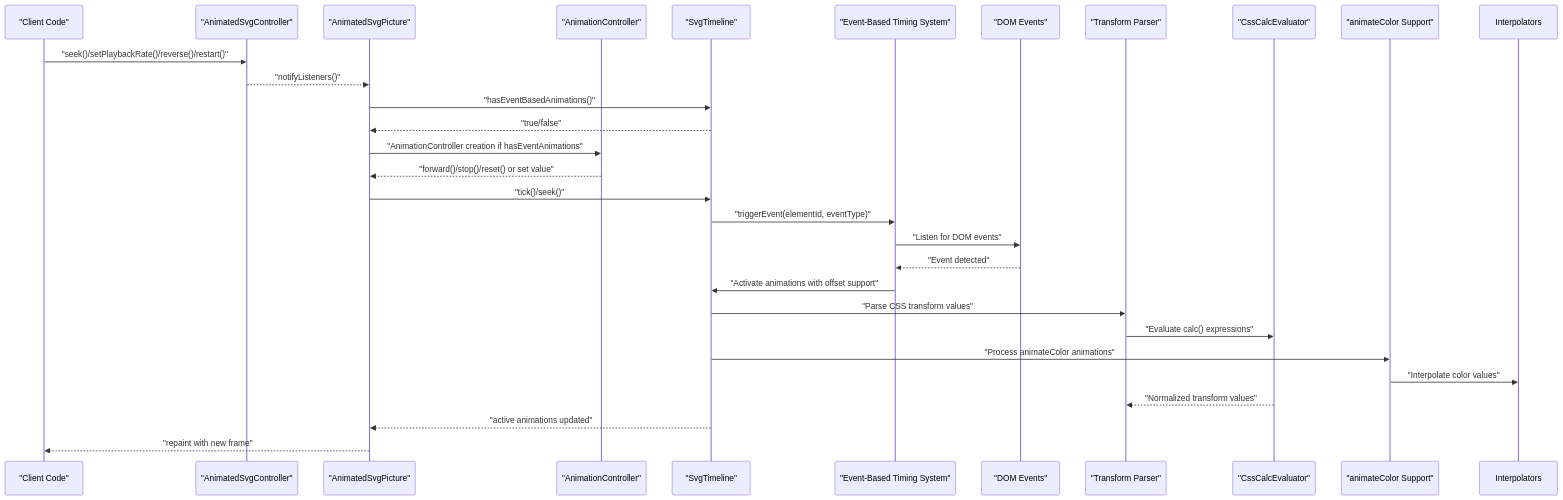
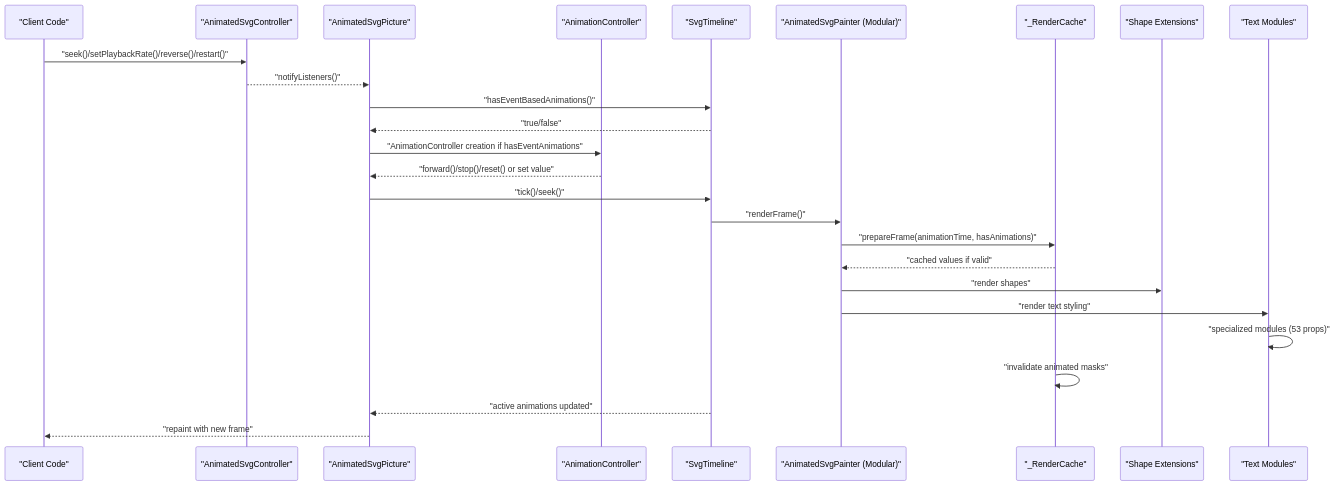
Before and after one commit to denisnadey/flutter_full_svg_support: the second of 4 diagrams in .qoder/repowiki/en/content/API Reference/Animation APIs.md, drawn with Mermaid. The commit also changed other lines of this file and 65 other files, not shown here.

First line of the commit message:
refactor(animation): modularize AnimatedSvgPainter and enhance caching

````diff
--- a/.qoder/repowiki/en/content/API Reference/Animation APIs.md
+++ b/.qoder/repowiki/en/content/API Reference/Animation APIs.md
@@ -168,31 +189,28 @@
 ```mermaid
 sequenceDiagram
 participant Client as "Client Code"
 participant Controller as "AnimatedSvgController"
 participant Picture as "AnimatedSvgPicture"
 participant AC as "AnimationController"
 participant TL as "SvgTimeline"
-participant EventSys as "Event-Based Timing System"
-participant DOM as "DOM Events"
-participant TransformParser as "Transform Parser"
-participant CalcEval as "CssCalcEvaluator"
-participant AnimColor as "animateColor Support"
+participant Painter as "AnimatedSvgPainter (Modular)"
+participant Cache as "_RenderCache"
+participant Shapes as "Shape Extensions"
+participant TextMods as "Text Modules"
 Client->>Controller : "seek()/setPlaybackRate()/reverse()/restart()"
 Controller-->>Picture : "notifyListeners()"
 Picture->>TL : "hasEventBasedAnimations()"
 TL-->>Picture : "true/false"
 Picture->>AC : "AnimationController creation if hasEventAnimations"
 AC-->>Picture : "forward()/stop()/reset() or set value"
 Picture->>TL : "tick()/seek()"
-TL->>EventSys : "triggerEvent(elementId, eventType)"
-EventSys->>DOM : "Listen for DOM events"
-DOM-->>EventSys : "Event detected"
-EventSys->>TL : "Activate animations with offset support"
-TL->>TransformParser : "Parse CSS transform values"
-TransformParser->>CalcEval : "Evaluate calc() expressions"
-TL->>AnimColor : "Process animateColor animations"
-AnimColor->>Interpolators : "Interpolate color values"
-CalcEval-->>TransformParser : "Normalized transform values"
+TL->>Painter : "renderFrame()"
+Painter->>Cache : "prepareFrame(animationTime, hasAnimations)"
+Cache-->>Painter : "cached values if valid"
+Painter->>Shapes : "render shapes"
+Painter->>TextMods : "render text styling"
+TextMods->>TextMods : "specialized modules (53 props)"
+Cache->>Cache : "invalidate animated masks"
 TL-->>Picture : "active animations updated"
 Picture-->>Client : "repaint with new frame"
 ```
````
